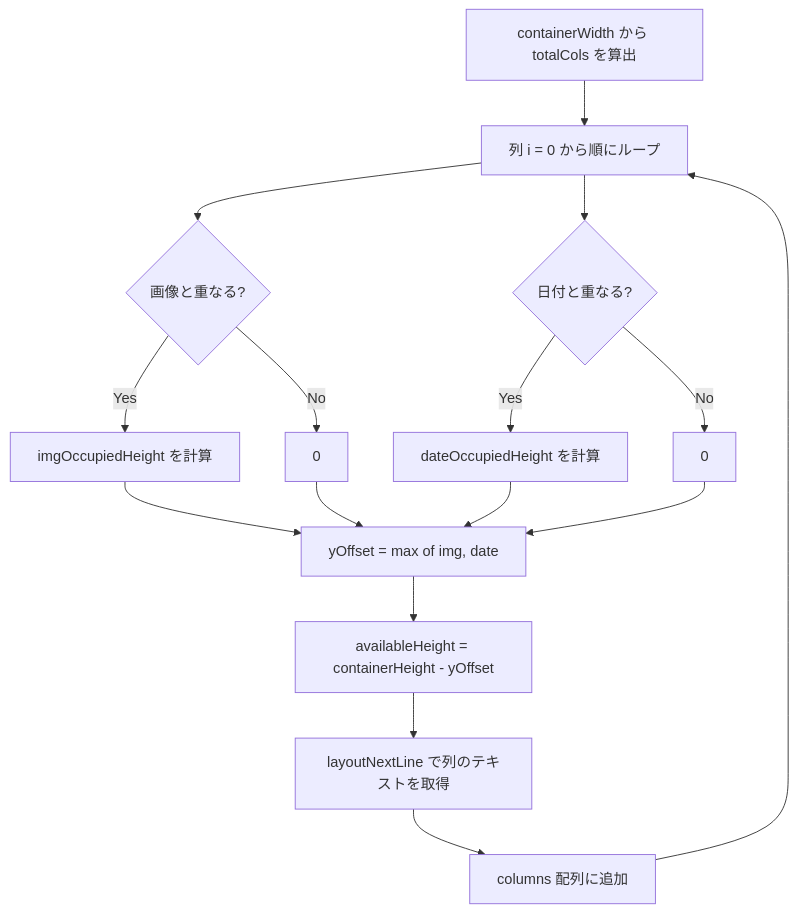
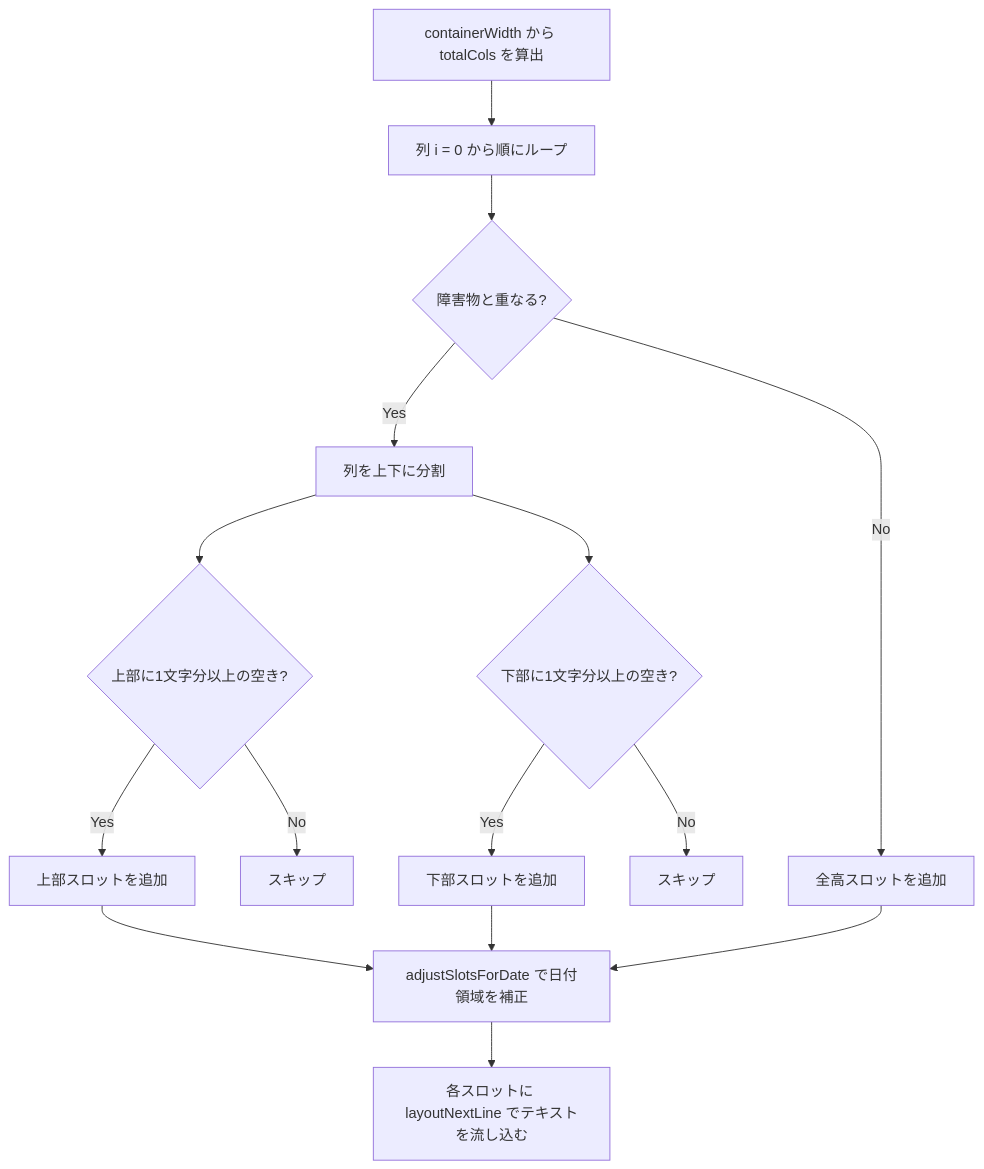
The third of 3 diagrams in docs/architecture/vertical-text.md (shimabox/400-diary), drawn with Mermaid before and after one commit. The commit also changed other lines of this file and 3 other files, not shown here.

````diff
--- a/docs/architecture/vertical-text.md
+++ b/docs/architecture/vertical-text.md
@@ -80,18 +82,17 @@
 ```mermaid
 flowchart TD
     A[containerWidth から totalCols を算出] --> B[列 i = 0 から順にループ]
-    B --> C{画像と重なる?}
-    C -->|Yes| D[imgOccupiedHeight を計算]
-    C -->|No| E[0]
-    B --> F{日付と重なる?}
-    F -->|Yes| G[dateOccupiedHeight を計算]
-    F -->|No| H[0]
-    D --> I[yOffset = max of img, date]
-    E --> I
-    G --> I
-    H --> I
-    I --> J[availableHeight = containerHeight - yOffset]
-    J --> K[layoutNextLine で列のテキストを取得]
-    K --> L[columns 配列に追加]
-    L --> B
+    B --> C{障害物と重なる?}
+    C -->|Yes| D[列を上下に分割]
+    D --> E{上部に1文字分以上の空き?}
+    E -->|Yes| F[上部スロットを追加]
+    E -->|No| G[スキップ]
+    D --> H{下部に1文字分以上の空き?}
+    H -->|Yes| I[下部スロットを追加]
+    H -->|No| J[スキップ]
+    C -->|No| K[全高スロットを追加]
+    F --> L[adjustSlotsForDate で日付領域を補正]
+    I --> L
+    K --> L
+    L --> M[各スロットに layoutNextLine でテキストを流し込む]
 ```
````
